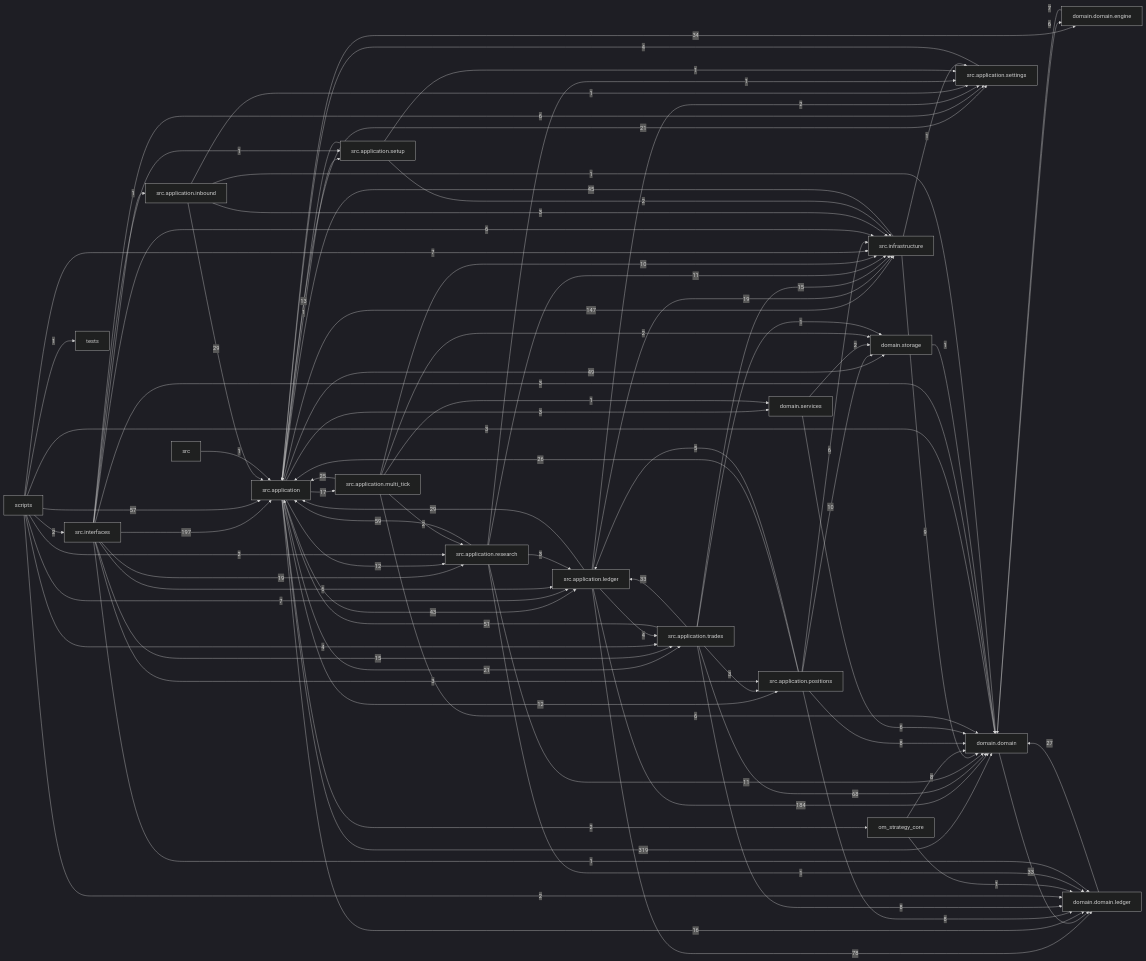
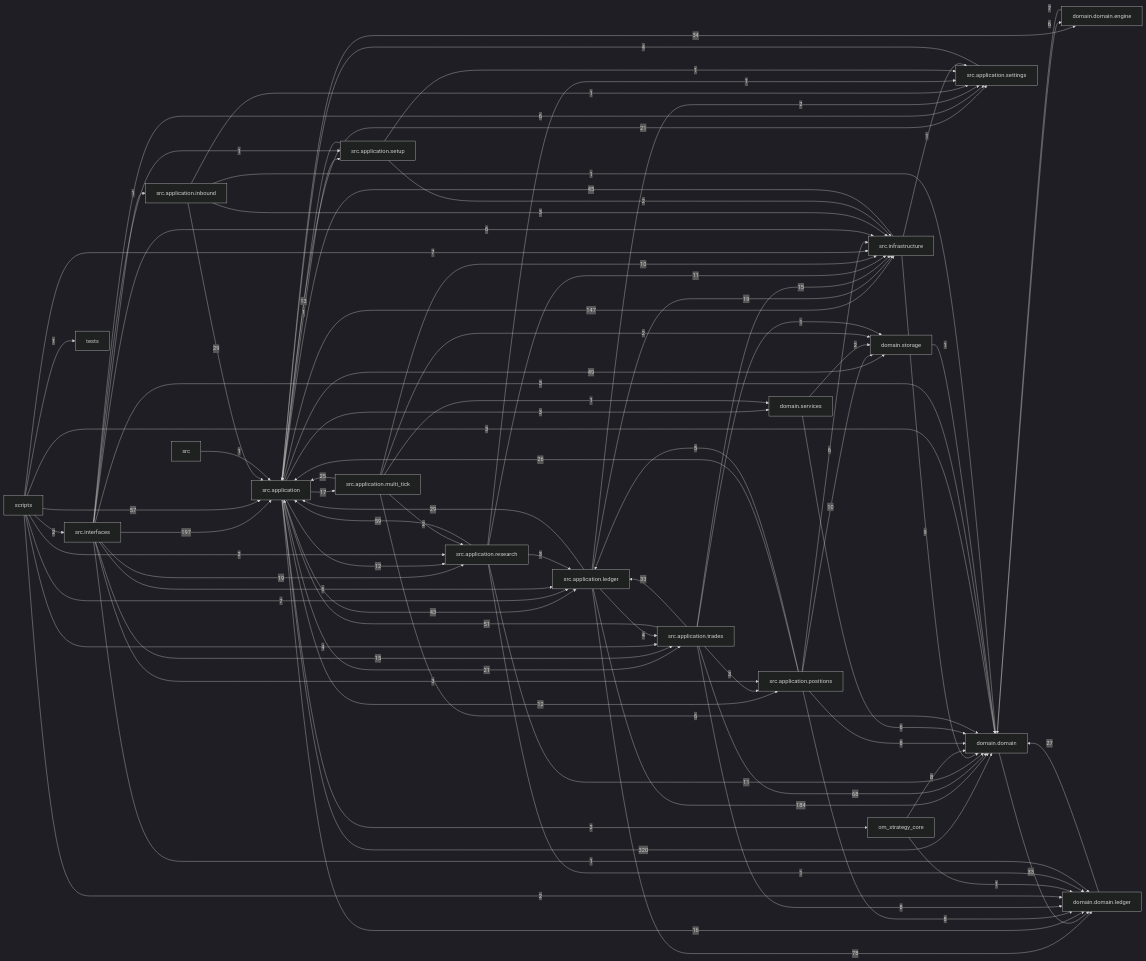
One commit to liuxie066/options-monitor changed the diagram in docs/dependency_graph.mmd. Above: the diagram before and after it, drawn with Mermaid (dark theme). The commit also changed 9 other files, not shown here.

```diff
--- a/docs/dependency_graph.mmd
+++ b/docs/dependency_graph.mmd
@@ -1,87 +1,87 @@
 flowchart LR
-  src_application["src.application"] -->|319| domain_domain["domain.domain"]
+  src_application["src.application"] -->|320| domain_domain["domain.domain"]
   src_interfaces["src.interfaces"] -->|197| src_application["src.application"]
   src_application_ledger["src.application.ledger"] -->|184| domain_domain["domain.domain"]
   src_application["src.application"] -->|147| src_infrastructure["src.infrastructure"]
   src_application_ledger["src.application.ledger"] -->|78| domain_domain_ledger["domain.domain.ledger"]
   src_application_trades["src.application.trades"] -->|68| domain_domain["domain.domain"]
   src_application_research["src.application.research"] -->|59| src_application["src.application"]
   scripts["scripts"] -->|57| src_application["src.application"]
   src_application_trades["src.application.trades"] -->|51| src_application["src.application"]
   src_application["src.application"] -->|49| domain_storage["domain.storage"]
   src_infrastructure["src.infrastructure"] -->|45| src_application["src.application"]
   src_application["src.application"] -->|43| src_application_ledger["src.application.ledger"]
   src_application["src.application"] -->|34| domain_domain_engine["domain.domain.engine"]
   domain_domain["domain.domain"] -->|33| domain_domain_ledger["domain.domain.ledger"]
   src_application_trades["src.application.trades"] -->|33| src_application_ledger["src.application.ledger"]
   src_application_inbound["src.application.inbound"] -->|29| src_application["src.application"]
   src_application_ledger["src.application.ledger"] -->|29| src_application["src.application"]
   domain_domain_ledger["domain.domain.ledger"] -->|27| domain_domain["domain.domain"]
   src_application_positions["src.application.positions"] -->|26| src_application["src.application"]
   src_application_multi_tick["src.application.multi_tick"] -->|25| src_application["src.application"]
   src_application["src.application"] -->|21| src_application_settings["src.application.settings"]
   src_application["src.application"] -->|21| src_application_trades["src.application.trades"]
   src_application_ledger["src.application.ledger"] -->|19| src_infrastructure["src.infrastructure"]
   src_interfaces["src.interfaces"] -->|19| src_application_research["src.application.research"]
   src_application["src.application"] -->|17| src_application_multi_tick["src.application.multi_tick"]
   src_application["src.application"] -->|16| domain_domain_ledger["domain.domain.ledger"]
   src_application_trades["src.application.trades"] -->|15| src_infrastructure["src.infrastructure"]
   src_interfaces["src.interfaces"] -->|15| src_application_trades["src.application.trades"]
   src_application_setup["src.application.setup"] -->|13| src_application["src.application"]
   src_application["src.application"] -->|12| src_application_positions["src.application.positions"]
   src_application["src.application"] -->|12| src_application_research["src.application.research"]
   src_application_research["src.application.research"] -->|11| domain_domain["domain.domain"]
   src_application_research["src.application.research"] -->|11| src_infrastructure["src.infrastructure"]
   src_application_multi_tick["src.application.multi_tick"] -->|10| src_infrastructure["src.infrastructure"]
   src_application_positions["src.application.positions"] -->|10| domain_storage["domain.storage"]
   src_infrastructure["src.infrastructure"] -->|9| domain_domain["domain.domain"]
   om_strategy_core["om_strategy_core"] -->|8| domain_domain["domain.domain"]
   src_application_positions["src.application.positions"] -->|8| domain_domain["domain.domain"]
   src_application_positions["src.application.positions"] -->|8| domain_domain_ledger["domain.domain.ledger"]
   src_application_trades["src.application.trades"] -->|8| domain_domain_ledger["domain.domain.ledger"]
   domain_domain_engine["domain.domain.engine"] -->|7| domain_domain["domain.domain"]
   scripts["scripts"] -->|7| src_application_ledger["src.application.ledger"]
   scripts["scripts"] -->|7| src_infrastructure["src.infrastructure"]
   domain_domain["domain.domain"] -->|6| domain_domain_engine["domain.domain.engine"]
   domain_services["domain.services"] -->|6| domain_domain["domain.domain"]
   src_application_multi_tick["src.application.multi_tick"] -->|6| domain_domain["domain.domain"]
   src_application_positions["src.application.positions"] -->|6| src_infrastructure["src.infrastructure"]
   src_interfaces["src.interfaces"] -->|6| src_application_ledger["src.application.ledger"]
   src_interfaces["src.interfaces"] -->|6| src_application_settings["src.application.settings"]
   src_interfaces["src.interfaces"] -->|6| src_infrastructure["src.infrastructure"]
   src_application_positions["src.application.positions"] -->|5| src_application_ledger["src.application.ledger"]
   scripts["scripts"] -->|4| src_application_trades["src.application.trades"]
   src_application_ledger["src.application.ledger"] -->|4| src_application_trades["src.application.trades"]
   src_application_settings["src.application.settings"] -->|4| src_application["src.application"]
   scripts["scripts"] -->|3| domain_domain["domain.domain"]
   src_application["src.application"] -->|3| domain_services["domain.services"]
   src_application_inbound["src.application.inbound"] -->|3| src_infrastructure["src.infrastructure"]
   src_application_research["src.application.research"] -->|3| src_application_ledger["src.application.ledger"]
   src_application_trades["src.application.trades"] -->|3| src_application_positions["src.application.positions"]
   src_interfaces["src.interfaces"] -->|3| domain_domain["domain.domain"]
   src_interfaces["src.interfaces"] -->|3| src_application_positions["src.application.positions"]
   domain_services["domain.services"] -->|2| domain_storage["domain.storage"]
   scripts["scripts"] -->|2| domain_domain_ledger["domain.domain.ledger"]
   scripts["scripts"] -->|2| src_application_research["src.application.research"]
   scripts["scripts"] -->|2| src_interfaces["src.interfaces"]
   src_application["src.application"] -->|2| om_strategy_core["om_strategy_core"]
   src_application_ledger["src.application.ledger"] -->|2| src_application_settings["src.application.settings"]
   src_application_multi_tick["src.application.multi_tick"] -->|2| domain_storage["domain.storage"]
   src_application_multi_tick["src.application.multi_tick"] -->|2| src_application_research["src.application.research"]
   src_application_setup["src.application.setup"] -->|2| src_infrastructure["src.infrastructure"]
   domain_storage["domain.storage"] -->|1| domain_domain["domain.domain"]
   om_strategy_core["om_strategy_core"] -->|1| domain_domain_ledger["domain.domain.ledger"]
   scripts["scripts"] -->|1| tests["tests"]
   src["src"] -->|1| src_application["src.application"]
   src_application["src.application"] -->|1| src_application_setup["src.application.setup"]
   src_application_inbound["src.application.inbound"] -->|1| domain_domain["domain.domain"]
   src_application_inbound["src.application.inbound"] -->|1| src_application_settings["src.application.settings"]
   src_application_multi_tick["src.application.multi_tick"] -->|1| domain_services["domain.services"]
   src_application_research["src.application.research"] -->|1| domain_domain_ledger["domain.domain.ledger"]
   src_application_research["src.application.research"] -->|1| src_application_settings["src.application.settings"]
   src_application_setup["src.application.setup"] -->|1| src_application_settings["src.application.settings"]
   src_application_trades["src.application.trades"] -->|1| domain_storage["domain.storage"]
   src_infrastructure["src.infrastructure"] -->|1| src_application_settings["src.application.settings"]
   src_interfaces["src.interfaces"] -->|1| domain_domain_ledger["domain.domain.ledger"]
   src_interfaces["src.interfaces"] -->|1| src_application_inbound["src.application.inbound"]
   src_interfaces["src.interfaces"] -->|1| src_application_setup["src.application.setup"]
```
